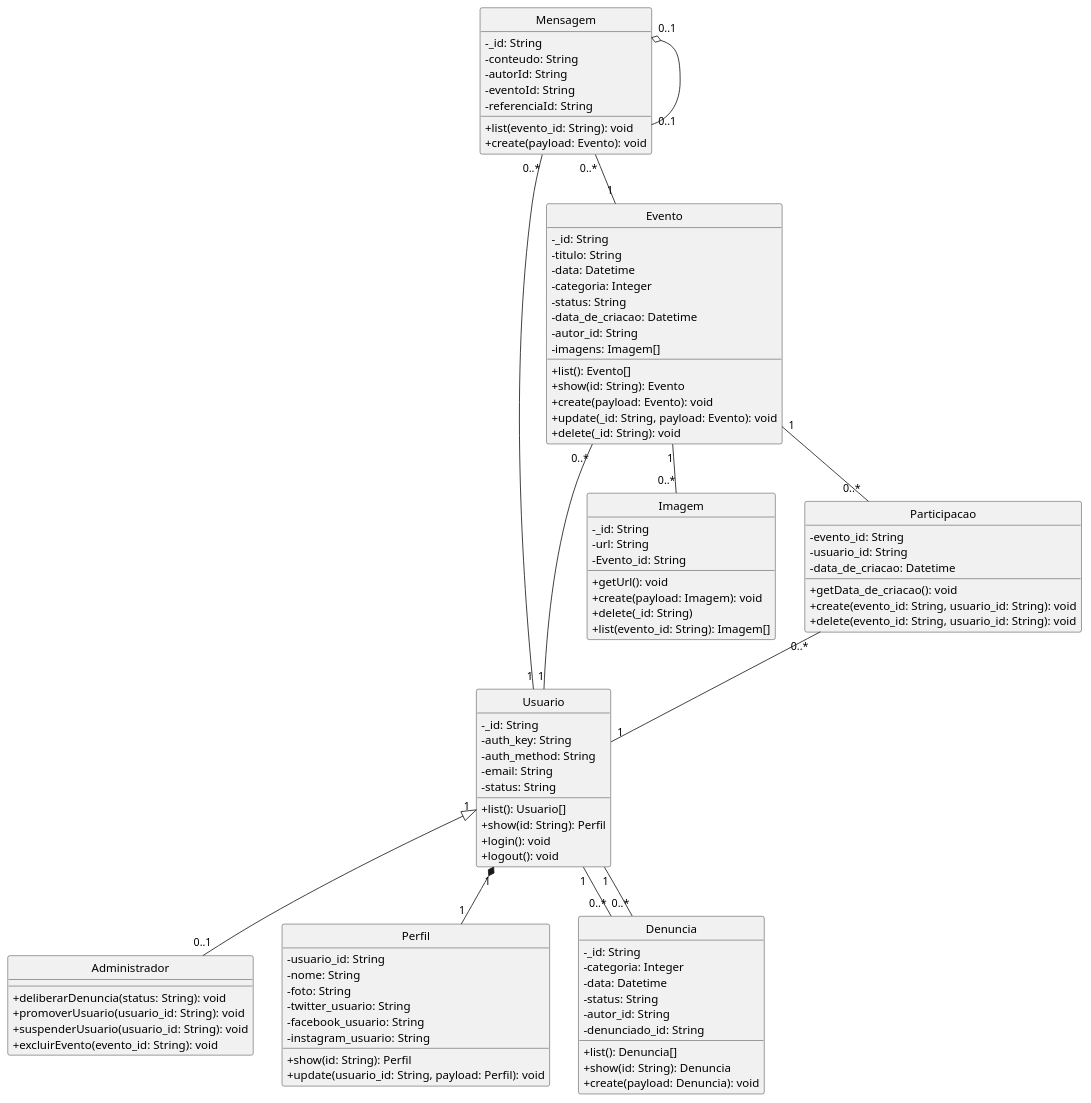
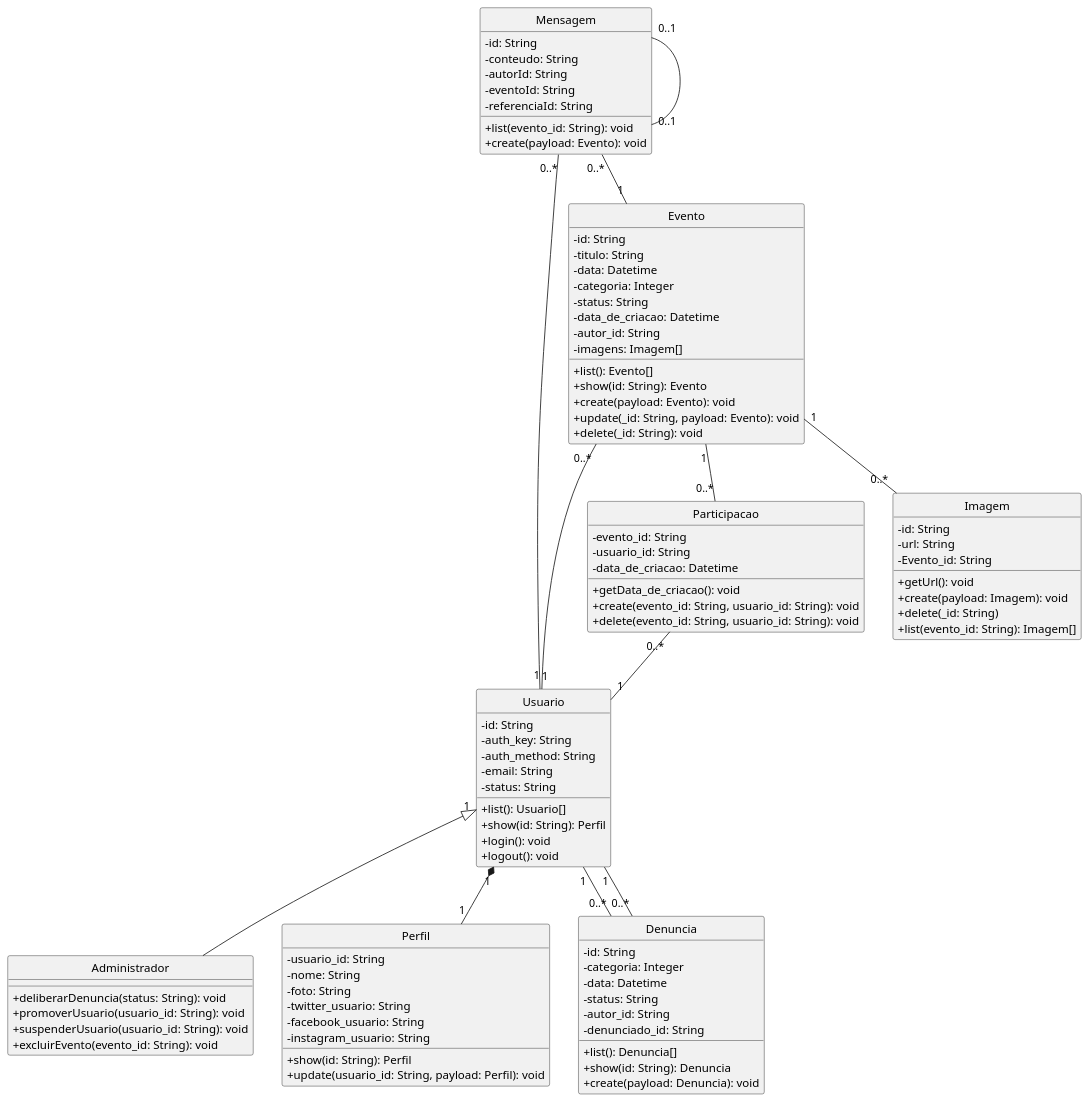
Before and after one commit to joaolfern/kolala: the diagram in UML/classDiagram.plantuml, drawn with PlantUML.

Commit message:
Fix class diagram relations

```diff
--- a/UML/classDiagram.plantuml
+++ b/UML/classDiagram.plantuml
@@ -1,110 +1,109 @@
 @startuml
 
 skinparam classAttributeIconSize 0
 hide circle
 
 class Usuario {
-  -_id: String
+  -id: String
   -auth_key: String
   -auth_method: String
   -email: String
   -status: String
   +list(): Usuario[]
   +show(id: String): Perfil
   +login(): void
   +logout(): void
 }
 
 class Administrador {
   +deliberarDenuncia(status: String): void
   +promoverUsuario(usuario_id: String): void
   +suspenderUsuario(usuario_id: String): void
   +excluirEvento(evento_id: String): void
 }
 
-Usuario "1" <|-- "0..1" Administrador
-
 class Perfil {
   -usuario_id: String
   -nome: String
   -foto: String
   -twitter_usuario: String
   -facebook_usuario: String
   -instagram_usuario: String
   +show(id: String): Perfil
   +update(usuario_id: String, payload: Perfil): void
 }
 
-Usuario "1" *-- "1" Perfil
-
 class Denuncia {
-  -_id: String
+  -id: String
   -categoria: Integer
   -data: Datetime
   -status: String
   -autor_id: String
   -denunciado_id: String
   +list(): Denuncia[]
   +show(id: String): Denuncia
   +create(payload: Denuncia): void
 }
 
-Usuario "1" -- "0..*" Denuncia
-Usuario "1" -- "0..*" Denuncia
-
 class Evento {
-  -_id: String
+  -id: String
   -titulo: String
   -data: Datetime
   -categoria: Integer
   -status: String
   -data_de_criacao: Datetime
   -autor_id: String
   -imagens: Imagem[]
   +list(): Evento[]
   +show(id: String): Evento
   +create(payload: Evento): void
   +update(_id: String, payload: Evento): void
   +delete(_id: String): void
 }
 
-Evento "1" -- "0..*" Imagem
-Evento "0..*" -- "1" Usuario
-
 class Participacao {
   -evento_id: String
   -usuario_id: String
   -data_de_criacao: Datetime
   +getData_de_criacao(): void
   +create(evento_id: String, usuario_id: String): void
   +delete(evento_id: String, usuario_id: String): void
 }
 
-Participacao "0..*" -- "1" Usuario
-Evento "1" -- "0..*" Participacao
-
 class Imagem {
-  -_id: String
+  -id: String
   -url: String
   -Evento_id: String
   +getUrl(): void
   +create(payload: Imagem): void
   +delete(_id: String)
   +list(evento_id: String): Imagem[]
 }
 
 class Mensagem {
-  -_id: String
+  -id: String
   -conteudo: String
   -autorId: String
   -eventoId: String
   -referenciaId: String
   +list(evento_id: String): void
   +create(payload: Evento): void
 }
 
+Usuario "1" *-- "1" Perfil
+Usuario "1" <|-- Administrador
+
+Evento "1" -- "0..*" Imagem
+Evento "0..*" -- "1" Usuario
+
+Participacao "0..*" -- "1" Usuario
+Evento "1" -- "0..*" Participacao
+
+Usuario "1" -- "0..*" Denuncia
+Usuario "1" -- "0..*" Denuncia
+
 Mensagem "0..*" -- "1" Evento
 Mensagem "0..*" -- "1" Usuario
-Mensagem "0..1" o-- "0..1" Mensagem
+Mensagem "0..1" -- "0..1" Mensagem
 
 @enduml
```
